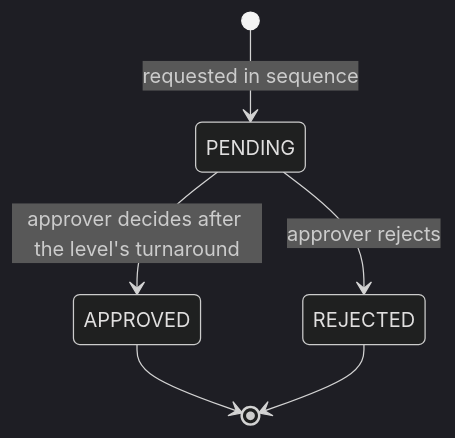
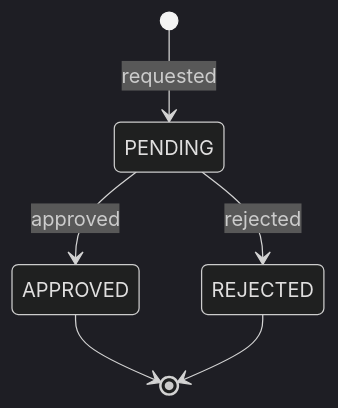
One commit to Anurag308d/invoice-ap-automation changed the eighth of 9 diagrams in docs/schema.md. Above: the diagram before and after it, drawn with Mermaid (dark theme). The commit also changed other lines of this file and 27 other files, not shown here.

````diff
--- a/docs/schema.md
+++ b/docs/schema.md
@@ -343,8 +350,8 @@
 ```mermaid
 stateDiagram-v2
-  [*] --> PENDING: requested in sequence
-  PENDING --> APPROVED: approver decides after the level's turnaround
-  PENDING --> REJECTED: approver rejects
+  [*] --> PENDING: requested
+  PENDING --> APPROVED: approved
+  PENDING --> REJECTED: rejected
   APPROVED --> [*]
   REJECTED --> [*]
 ```
````
